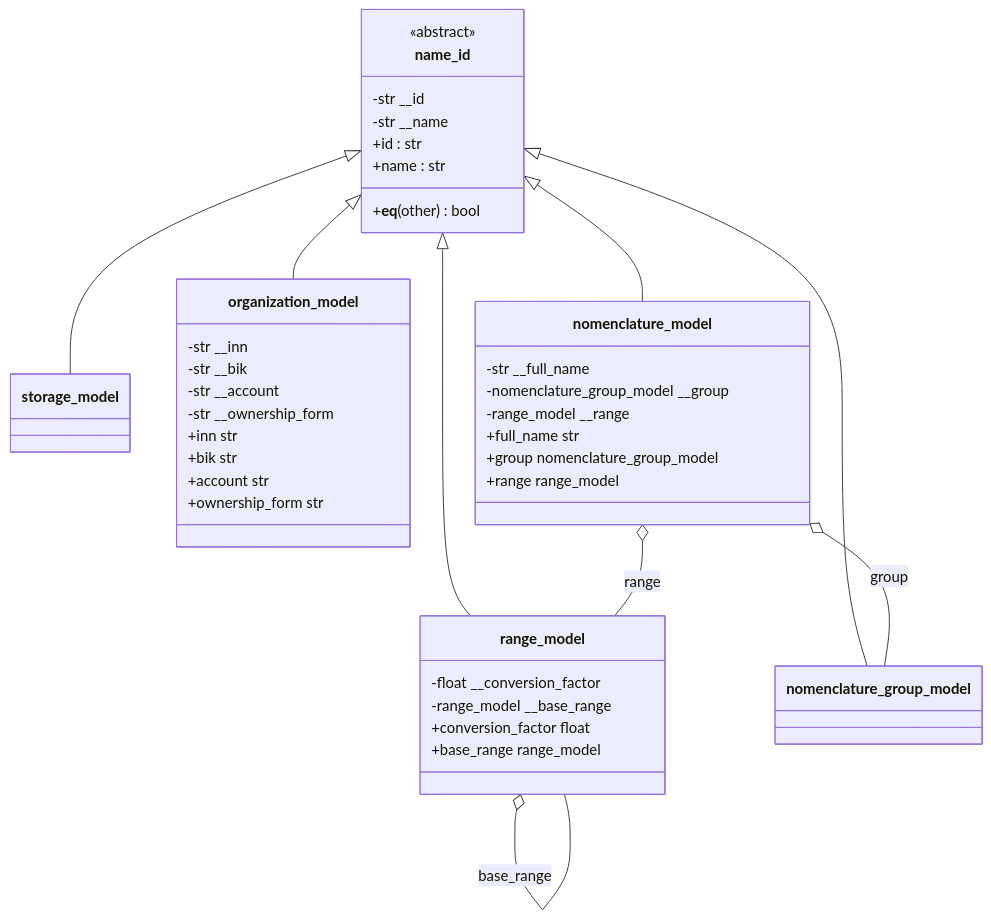
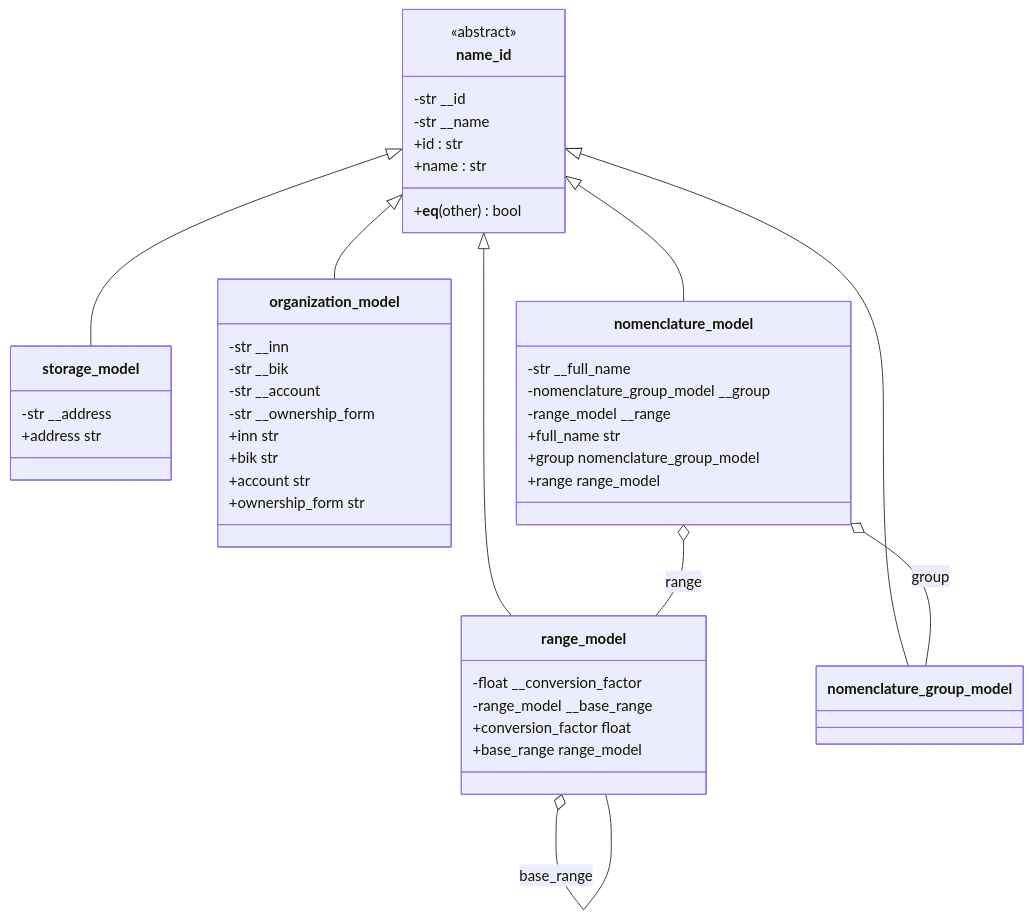
One commit to Turik06/Patterns_Suleymanov changed the diagram in Docs/Architecture.md. Above: the diagram before and after it, drawn with Mermaid. The commit also changed 2 other files, not shown here.

Commit message:
Add edvice the teacher

````diff
--- a/Docs/Architecture.md
+++ b/Docs/Architecture.md
@@ -3,56 +3,58 @@
 ```mermaid
 classDiagram
     direction TB
 
     class name_id {
         <<abstract>>
         -str __id
         -str __name
         +id : str
         +name : str
         +__eq__(other) bool
     }
 
     class range_model {
         -float __conversion_factor
         -range_model __base_range
         +conversion_factor float
         +base_range range_model
     }
 
     class nomenclature_group_model {
     }
 
     class storage_model {
+        -str __address
+        +address str
     }
 
     class organization_model {
         -str __inn
         -str __bik
         -str __account
         -str __ownership_form
         +inn str
         +bik str
         +account str
         +ownership_form str
     }
 
     class nomenclature_model {
         -str __full_name
         -nomenclature_group_model __group
         -range_model __range
         +full_name str
         +group nomenclature_group_model
         +range range_model
     }
 
     name_id <|-- range_model
     name_id <|-- nomenclature_group_model
     name_id <|-- storage_model
     name_id <|-- organization_model
     name_id <|-- nomenclature_model
 
     nomenclature_model o-- nomenclature_group_model : group
     nomenclature_model o-- range_model : range
     range_model o-- range_model : base_range
 ```
````
